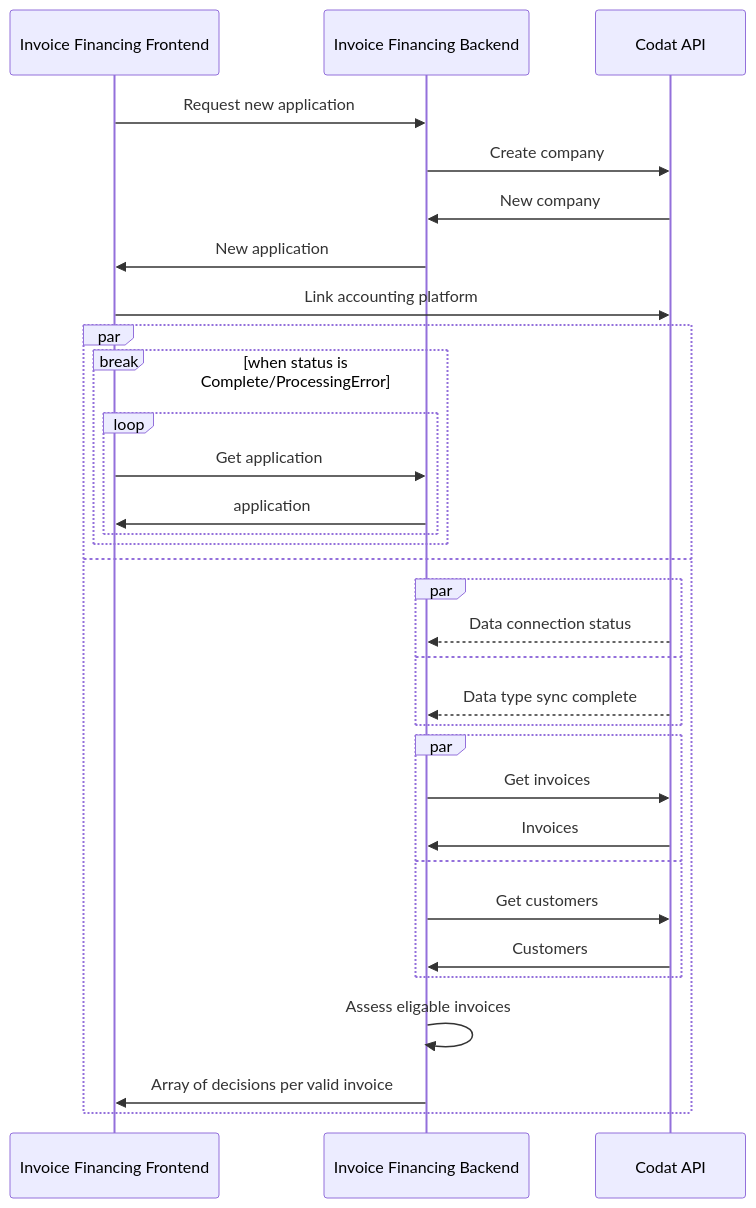
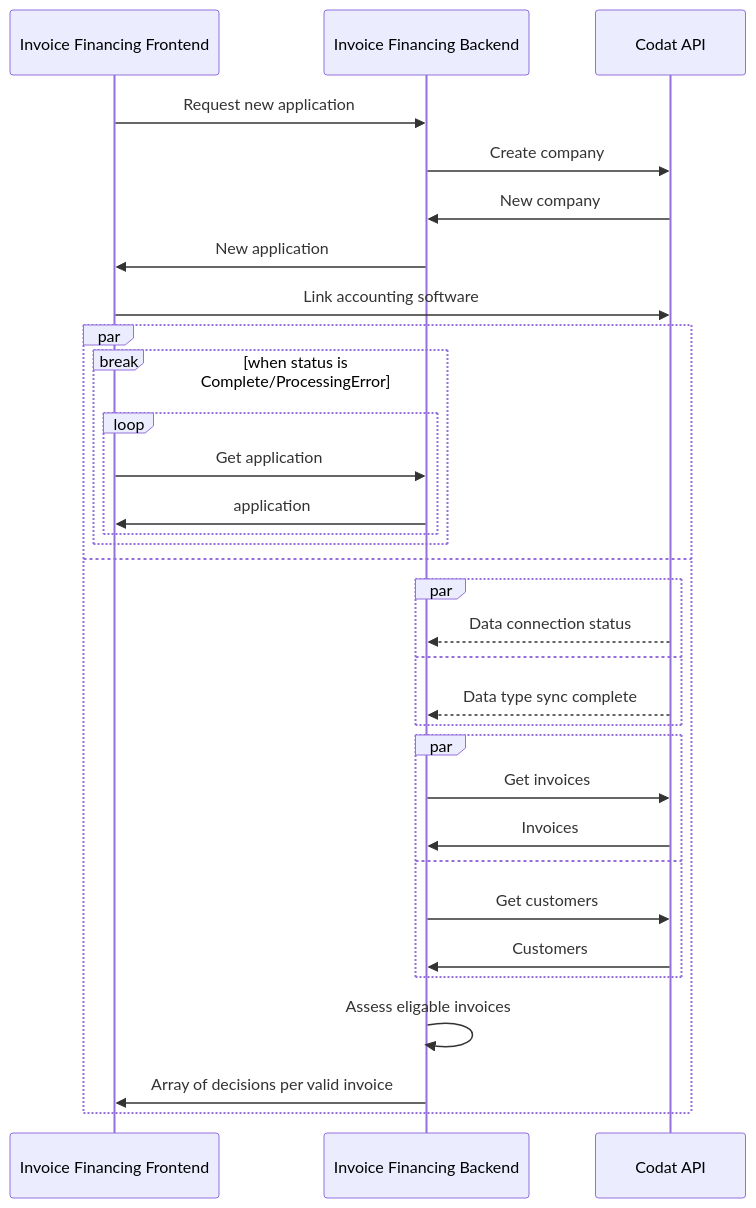
Before and after one commit to codatio/codat-docs: the diagram in docs/lending/guides/invoice-finance/process-invoice.md, drawn with Mermaid. The commit also changed other lines of this file and 168 other files, not shown here.

````diff
--- a/docs/lending/guides/invoice-finance/process-invoice.md
+++ b/docs/lending/guides/invoice-finance/process-invoice.md
@@ -21,34 +21,34 @@
 ``` mermaid
   sequenceDiagram
     participant frontend as Invoice Financing Frontend 
     participant backend as Invoice Financing Backend 
     participant codat as Codat API
     frontend ->> backend: Request new application
     backend ->> codat: Create company
     codat ->> backend: New company
     backend ->> frontend: New application
-    frontend ->> codat: Link accounting platform
+    frontend ->> codat: Link accounting software
     par
         break when status is Complete/ProcessingError
         loop
             frontend ->> backend: Get application
             backend ->> frontend: application
         end
         end
     and
         par 
             codat -->> backend: Data connection status 
         and 
             codat -->> backend: Data type sync complete
         end
         par
             backend ->> codat: Get invoices
             codat ->> backend: Invoices
         and
             backend ->> codat: Get customers
             codat ->> backend: Customers
         end
         backend ->> backend: Assess eligable invoices
         backend ->> frontend: Array of decisions per valid invoice
     end
 ```  
````
